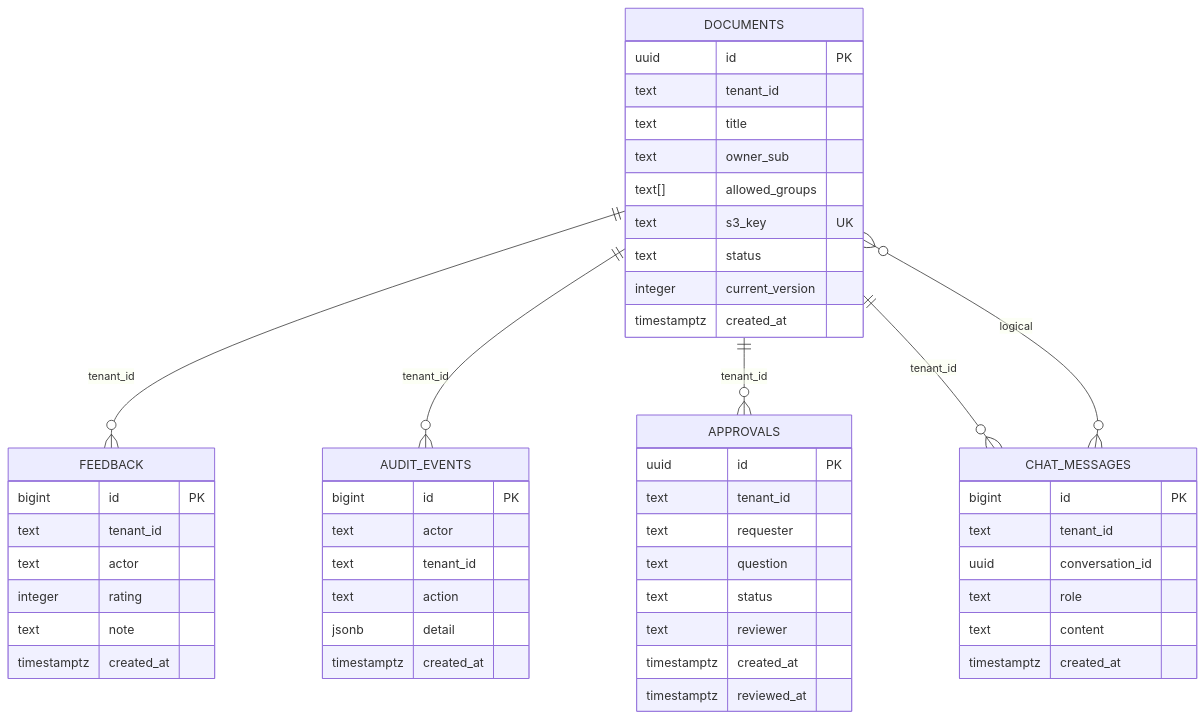
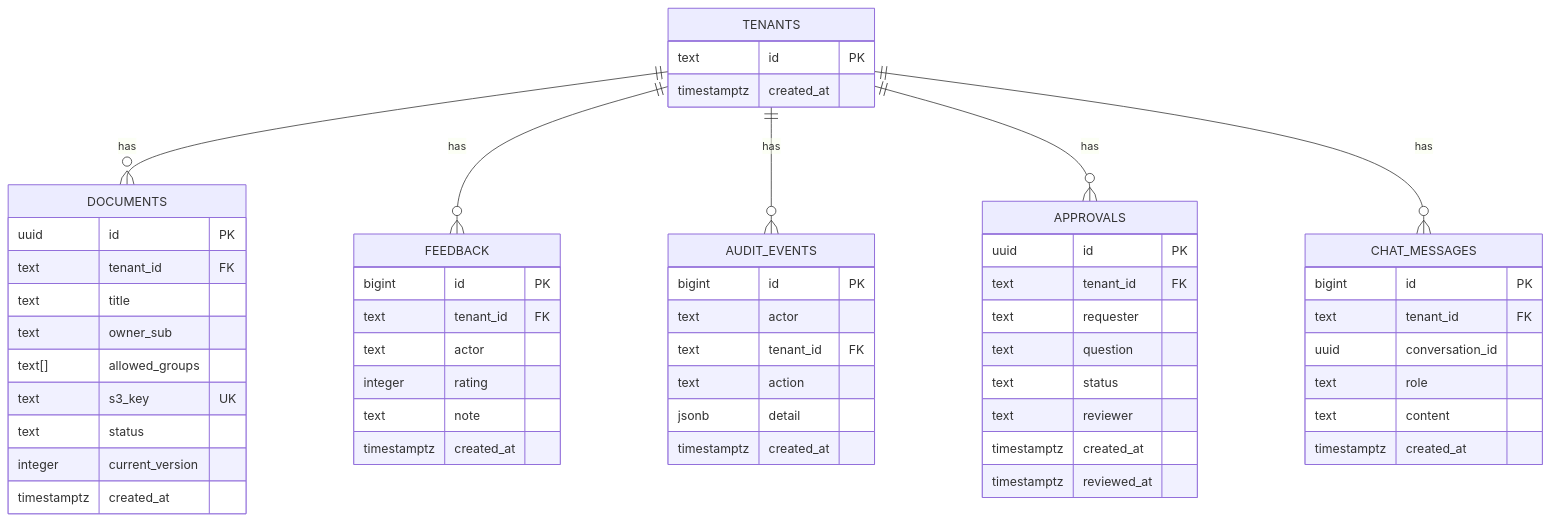
The second of 2 diagrams in README.md (nimashaklaa/enterprise-ai), drawn with Mermaid before and after one commit. The commit also changed other lines of this file and 2 other files, not shown here.

Commit message:
feat: Add foreign key constraints for tenant_id in database tables and create migration script

````diff
--- a/README.md
+++ b/README.md
@@ -50,58 +50,63 @@
 ```mermaid
 erDiagram
+    TENANTS {
+        text id PK
+        timestamptz created_at
+    }
+
     DOCUMENTS {
         uuid id PK
-        text tenant_id
+        text tenant_id FK
         text title
         text owner_sub
         text[] allowed_groups
         text s3_key UK
         text status
         integer current_version
         timestamptz created_at
     }
 
     FEEDBACK {
         bigint id PK
-        text tenant_id
+        text tenant_id FK
         text actor
         integer rating
         text note
         timestamptz created_at
     }
 
     AUDIT_EVENTS {
         bigint id PK
         text actor
-        text tenant_id
+        text tenant_id FK
         text action
         jsonb detail
         timestamptz created_at
     }
 
     APPROVALS {
         uuid id PK
-        text tenant_id
+        text tenant_id FK
         text requester
         text question
         text status
         text reviewer
         timestamptz created_at
         timestamptz reviewed_at
     }
 
     CHAT_MESSAGES {
         bigint id PK
-        text tenant_id
+        text tenant_id FK
         uuid conversation_id
         text role
         text content
         timestamptz created_at
     }
 
-    DOCUMENTS ||--o{ FEEDBACK : tenant_id
-    DOCUMENTS ||--o{ AUDIT_EVENTS : tenant_id
-    DOCUMENTS ||--o{ APPROVALS : tenant_id
-    DOCUMENTS ||--o{ CHAT_MESSAGES : tenant_id
-    CHAT_MESSAGES }o--o{ DOCUMENTS : logical 
+    TENANTS ||--o{ DOCUMENTS : has
+    TENANTS ||--o{ FEEDBACK : has
+    TENANTS ||--o{ AUDIT_EVENTS : has
+    TENANTS ||--o{ APPROVALS : has
+    TENANTS ||--o{ CHAT_MESSAGES : has
 ```
````
